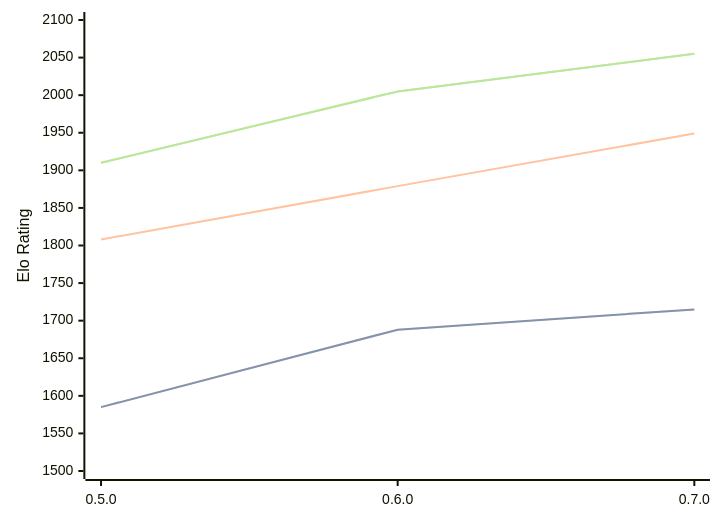
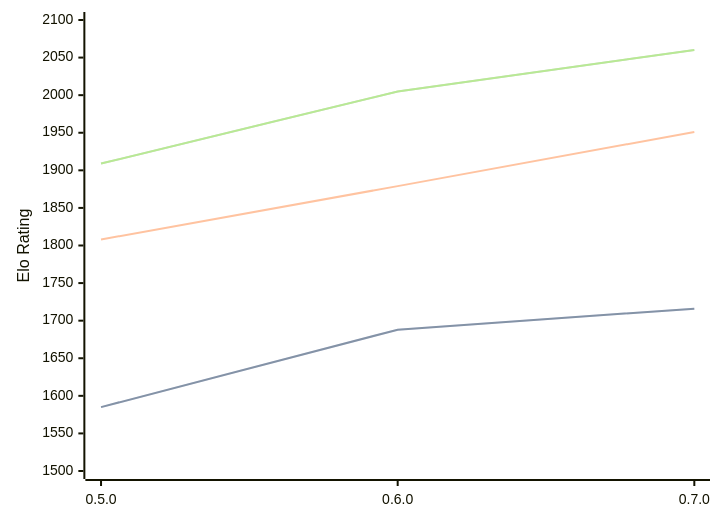
The diagram in engines/Chess-rs.md (computer-chess-index/cci), drawn with Mermaid before and after one commit. The commit also changed other lines of this file, not shown here.

Commit message:
Update CCI Ratings (ELO VLTC) - 2026-04-13

````diff
--- a/engines/Chess-rs.md
+++ b/engines/Chess-rs.md
@@ -41,11 +41,11 @@
 ```mermaid
 %%{init: {"theme":"base","themeVariables":{"seriesColors:['#a3a3a3','#222221','#faa371']}}}%%
 xychart-beta
   x-axis ["0.5.0", "0.6.0", "0.7.0"]
   y-axis "Elo Rating" 1500 --> 2100
-  line "STC (8.0+0.08s)" [1585, 1688, 1715]
-  line "STC (8.0+0.08s)" [1585, 1688, 1715]
-  line "LTC (60.0+0.60s)" [1808, 1879, 1949]
-  line "VLTC (2m24s+1.12s)" [1910, 2005, 2055]
-  line "VLTC (2m24s+1.12s)" [1910, 2005, 2055]
+  line "STC (8.0+0.08s)" [1585, 1688, 1716]
+  line "STC (8.0+0.08s)" [1585, 1688, 1716]
+  line "LTC (60.0+0.60s)" [1808, 1879, 1951]
+  line "VLTC (2m24s+1.12s)" [1909, 2005, 2060]
+  line "VLTC (2m24s+1.12s)" [1909, 2005, 2060]
 ```
````
